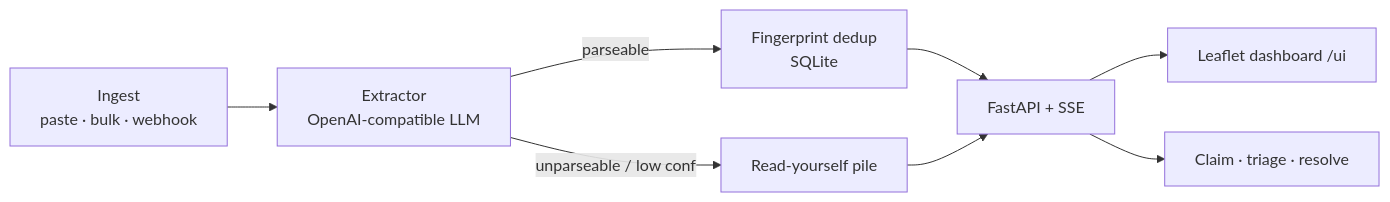
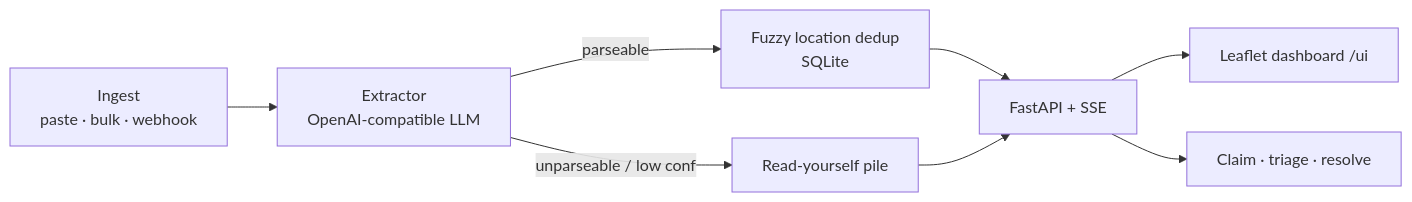
The diagram in README.md (haresh-sai06/reliefstream), drawn with Mermaid before and after one commit. The commit also changed other lines of this file and 6 other files, not shown here.

First line of the commit message:
feat: fuzzy location dedup — recall 0.55→1.00 on labelled set

````diff
--- a/README.md
+++ b/README.md
@@ -35,10 +35,10 @@
 ```mermaid
 flowchart LR
   IN[Ingest<br/>paste · bulk · webhook] --> EX[Extractor<br/>OpenAI-compatible LLM]
-  EX -->|parseable| DEDUP[Fingerprint dedup<br/>SQLite]
+  EX -->|parseable| DEDUP[Fuzzy location dedup<br/>SQLite]
   EX -->|unparseable / low conf| PILE[Read-yourself pile]
   DEDUP --> API[FastAPI + SSE]
   PILE --> API
   API --> UI[Leaflet dashboard /ui]
   API --> VOL[Claim · triage · resolve]
 ```
````
